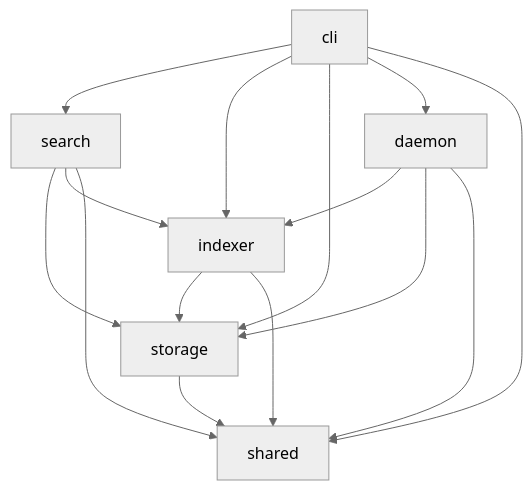
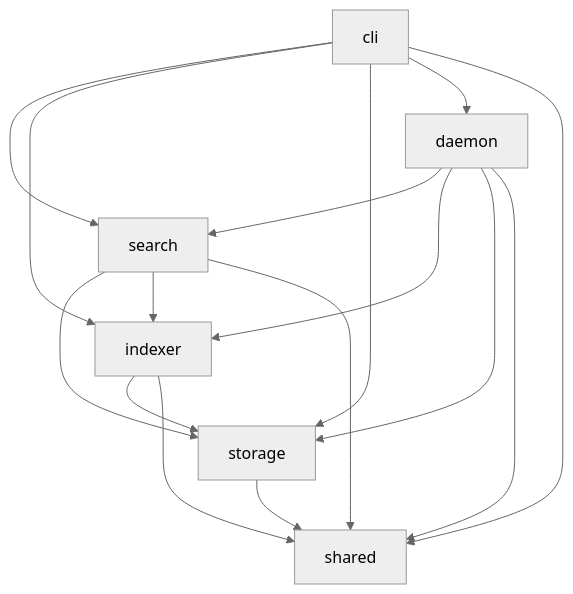
One commit to rp1-run/1up changed the diagram in .rp1/context/modules.md. Above: the diagram before and after it, drawn with Mermaid (neutral theme). The commit also changed other lines of this file and 2 other files, not shown here.

````diff
--- a/.rp1/context/modules.md
+++ b/.rp1/context/modules.md
@@ -109,17 +112,18 @@
 ```mermaid
 graph TD
     CLI[cli] --> Search[search]
     CLI --> Indexer[indexer]
     CLI --> Storage[storage]
     CLI --> Daemon[daemon]
     CLI --> Shared[shared]
+    Daemon --> Search
     Search --> Storage
     Search --> Indexer
     Search --> Shared
     Indexer --> Storage
     Indexer --> Shared
     Daemon --> Indexer
     Daemon --> Storage
     Daemon --> Shared
     Storage --> Shared
 ```
````
